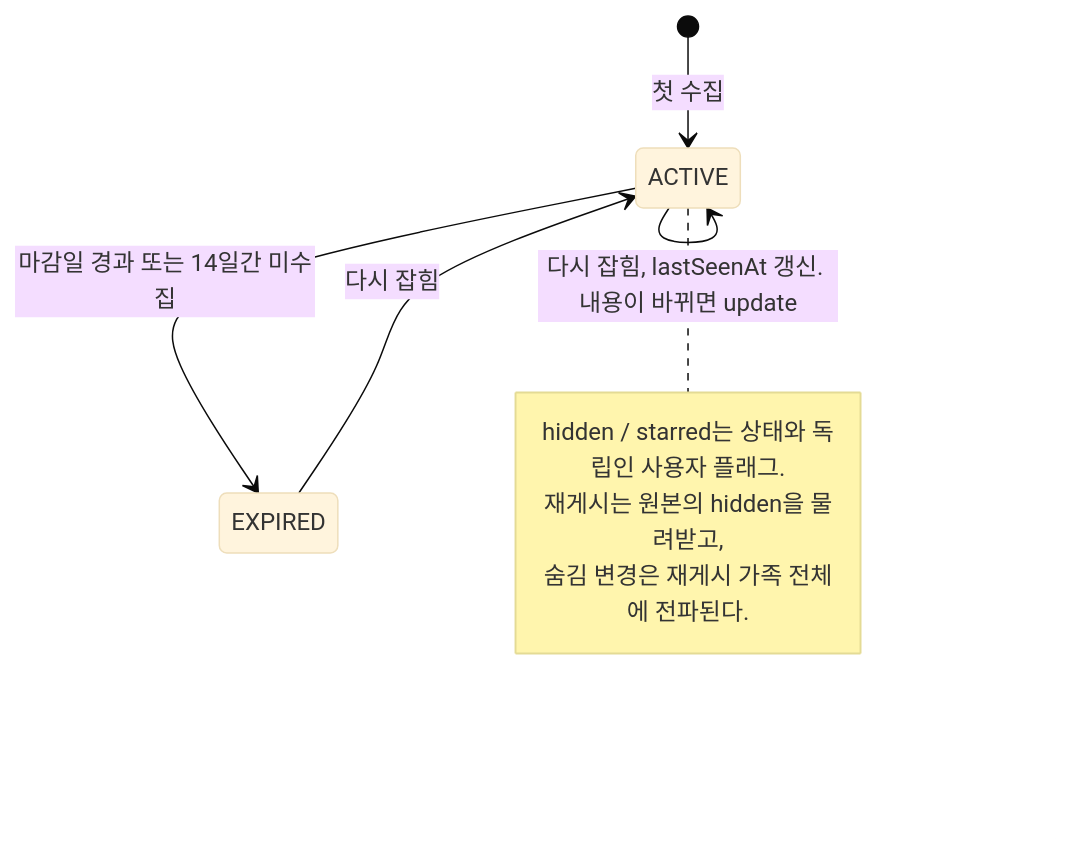
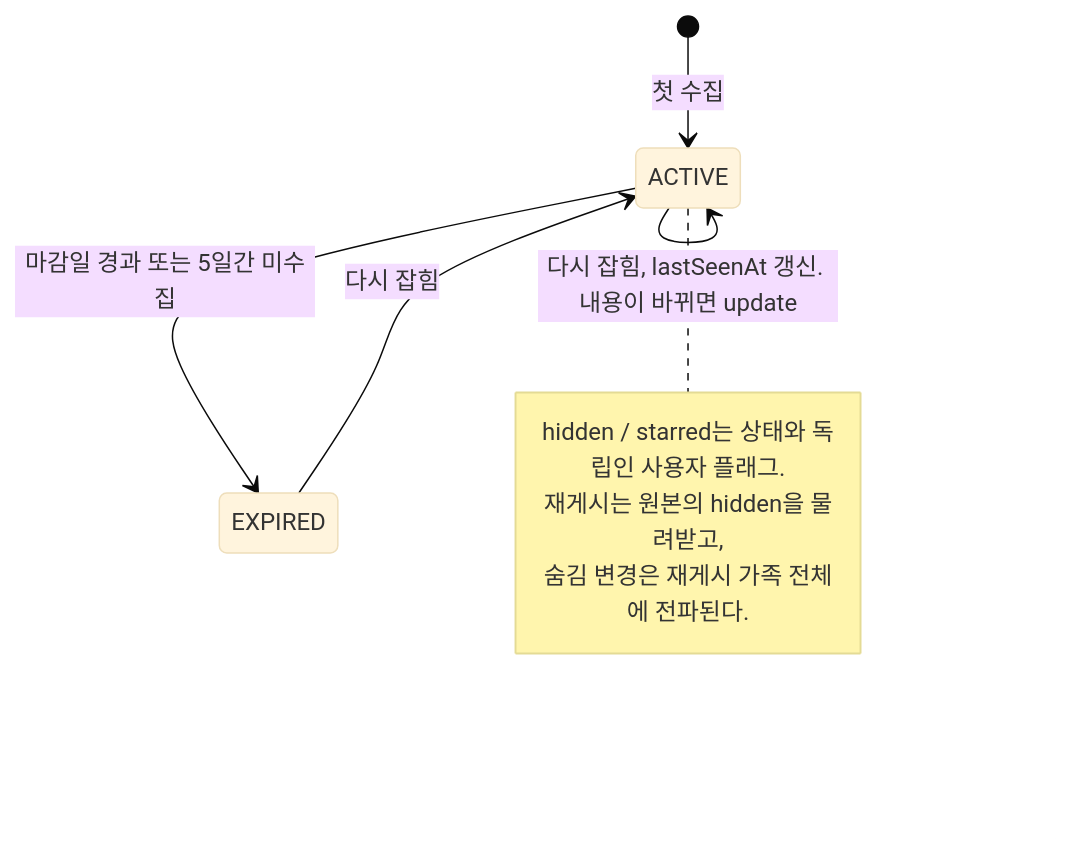
One commit to abbb1399/crawler changed the third of 5 diagrams in docs/ARCHITECTURE.md. Above: the diagram before and after it, drawn with Mermaid (base theme). The commit also changed 3 other files, not shown here.

````diff
--- a/docs/ARCHITECTURE.md
+++ b/docs/ARCHITECTURE.md
@@ -146,12 +146,12 @@
 ```mermaid
 stateDiagram-v2
     [*] --> ACTIVE: 첫 수집
     ACTIVE --> ACTIVE: 다시 잡힘, lastSeenAt 갱신. 내용이 바뀌면 update
-    ACTIVE --> EXPIRED: 마감일 경과 또는 14일간 미수집
+    ACTIVE --> EXPIRED: 마감일 경과 또는 5일간 미수집
     EXPIRED --> ACTIVE: 다시 잡힘
     note right of ACTIVE
         hidden / starred는 상태와 독립인 사용자 플래그.
         재게시는 원본의 hidden을 물려받고,
         숨김 변경은 재게시 가족 전체에 전파된다.
     end note
 ```
````
